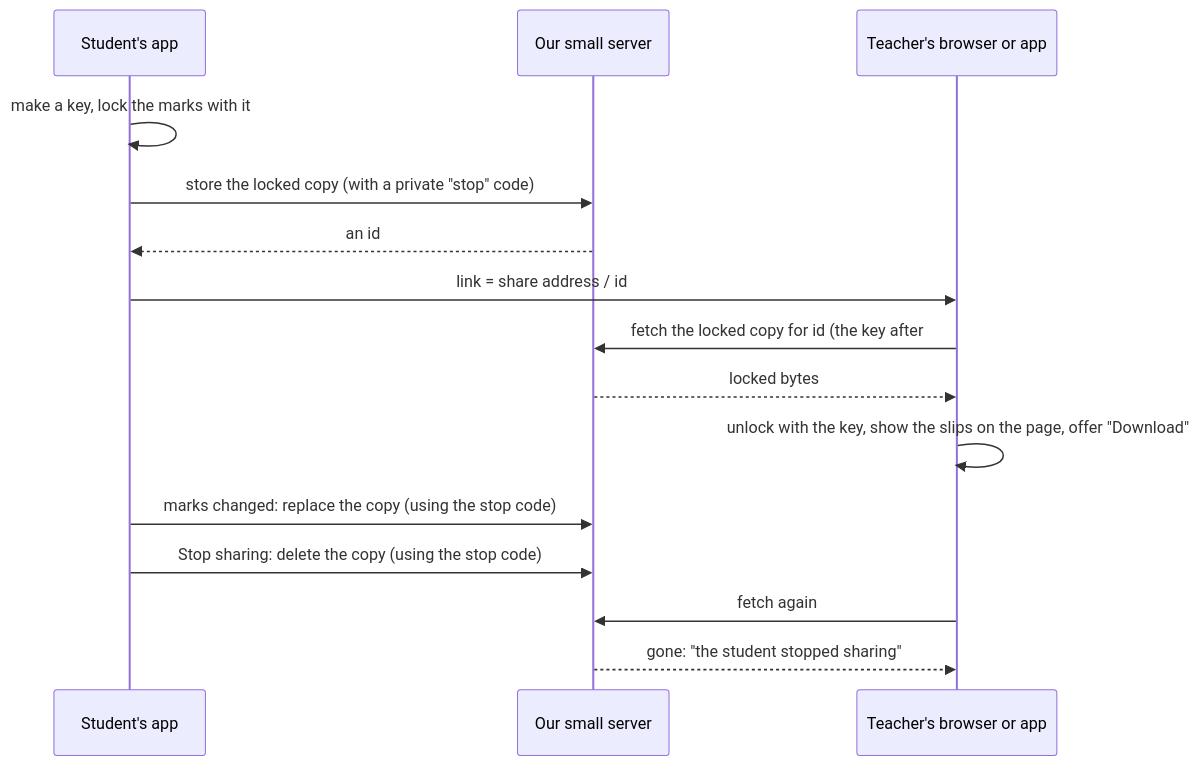
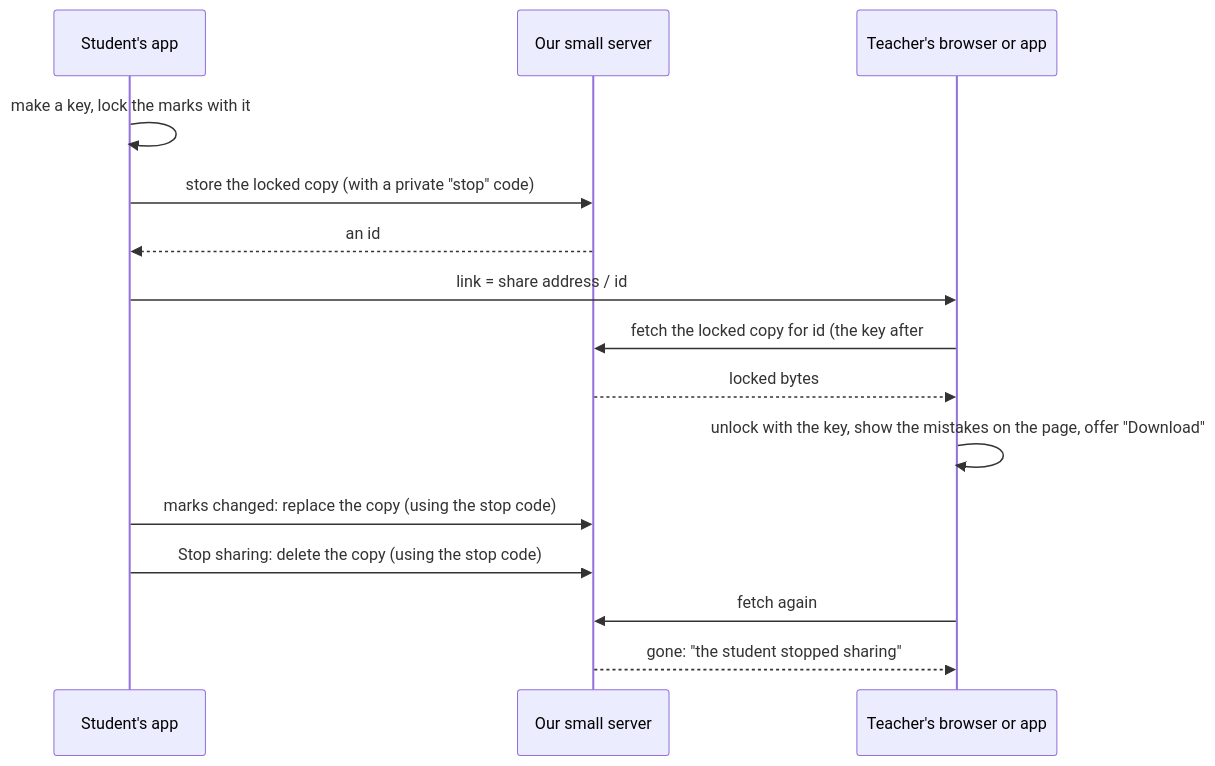
One commit to omars-lab/hifth changed the first of 2 diagrams in docs/research/sharing-between-readers/b/design.md. Above: the diagram before and after it, drawn with Mermaid. The commit also changed other lines of this file and 4 other files, not shown here.

First line of the commit message:
Sharing research B: say "mistakes", not "slips", for what a teacher sees

````diff
--- a/docs/research/sharing-between-readers/b/design.md
+++ b/docs/research/sharing-between-readers/b/design.md
@@ -85,17 +85,17 @@
 ```mermaid
 sequenceDiagram
     participant S as Student's app
     participant V as Our small server
     participant T as Teacher's browser or app
     S->>S: make a key, lock the marks with it
     S->>V: store the locked copy (with a private "stop" code)
     V-->>S: an id
     S->>T: link = share address / id # key (by message, AirDrop, email)
     T->>V: fetch the locked copy for id (the key after # is never sent)
     V-->>T: locked bytes
-    T->>T: unlock with the key, show the slips on the page, offer "Download"
+    T->>T: unlock with the key, show the mistakes on the page, offer "Download"
     S->>V: marks changed: replace the copy (using the stop code)
     S->>V: Stop sharing: delete the copy (using the stop code)
     T->>V: fetch again
     V-->>T: gone: "the student stopped sharing"
 ```
````
